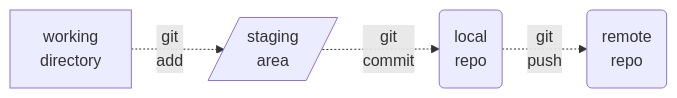
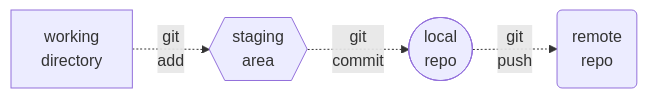
Before and after one commit to maptv/maptv.github.io: the first of 2 diagrams in blog/quarto/quarto.qmd, drawn with Mermaid. The commit also changed 2 other files, not shown here.

Commit message:
adjust mermaid chart to quarto 1.4.489

````diff
--- a/blog/quarto/quarto.qmd
+++ b/blog/quarto/quarto.qmd
@@ -91,8 +91,8 @@
 ```{mermaid fig-align="center"}
 %%| label: fig-git
 %%| fig-cap: Quarto workflow
 %%| fig-align: center
 %%| fig-width: 9
 flowchart LR
-   A[working<br/>directory]-.git<br/>add.->B[/staging<br/>area/]-.git<br/>commit.->C(local<br/>repo)-.git<br/>push.->D(remote<br/>repo)
+   A[working<br/>directory]-.git<br/>add.->B{{staging<br/>area}}-.git<br/>commit.->C([local<br/>repo])-.git<br/>push.->D(remote<br/>repo)
 ```
````
